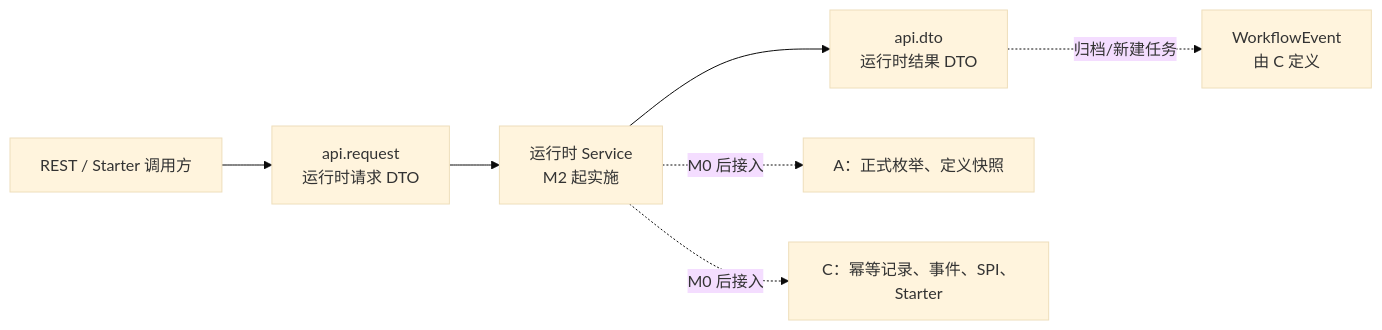
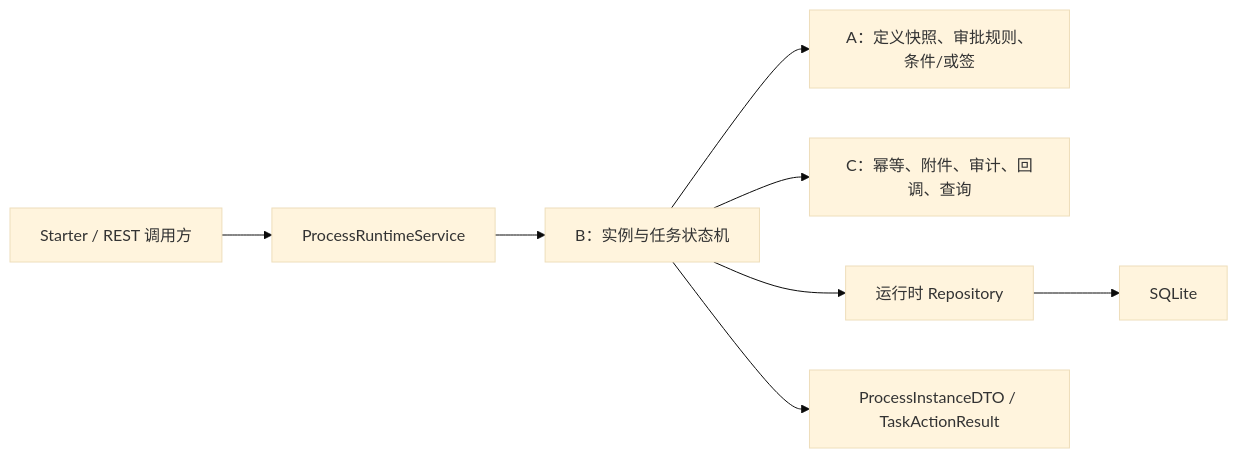
Before and after one commit to ZQ7777777/flow-mind: the first of 8 diagrams in doc/实习生B/流程平台技术文档_实习生B.md, drawn with Mermaid (base theme). The commit also changed other lines of this file, not shown here.

````diff
--- a/doc/实习生B/流程平台技术文档_实习生B.md
+++ b/doc/实习生B/流程平台技术文档_实习生B.md
@@ -37,9 +57,10 @@
 ```mermaid
 flowchart LR
-    Caller["REST / Starter 调用方"] --> Request["api.request\n运行时请求 DTO"]
-    Request --> Runtime["运行时 Service\nM2 起实施"]
-    Runtime --> Result["api.dto\n运行时结果 DTO"]
-    Runtime -. "M0 后接入" .-> A["A：正式枚举、定义快照"]
-    Runtime -. "M0 后接入" .-> C["C：幂等记录、事件、SPI、Starter"]
-    Result -. "归档/新建任务" .-> Event["WorkflowEvent\n由 C 定义"]
+    Caller["Starter / REST 调用方"] --> API["ProcessRuntimeService"]
+    API --> Runtime["B：实例与任务状态机"]
+    Runtime --> Definition["A：定义快照、审批规则、条件/或签"]
+    Runtime --> Peripheral["C：幂等、附件、审计、回调、查询"]
+    Runtime --> Repo["运行时 Repository"]
+    Repo --> DB["SQLite"]
+    Runtime --> Result["ProcessInstanceDTO / TaskActionResult"]
 ```
````
